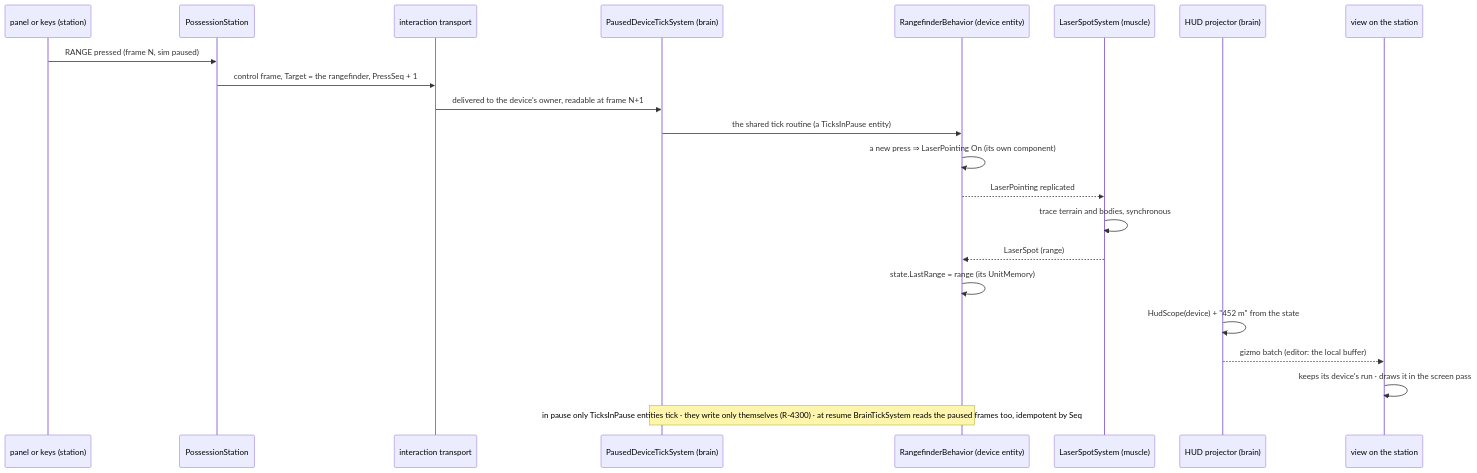
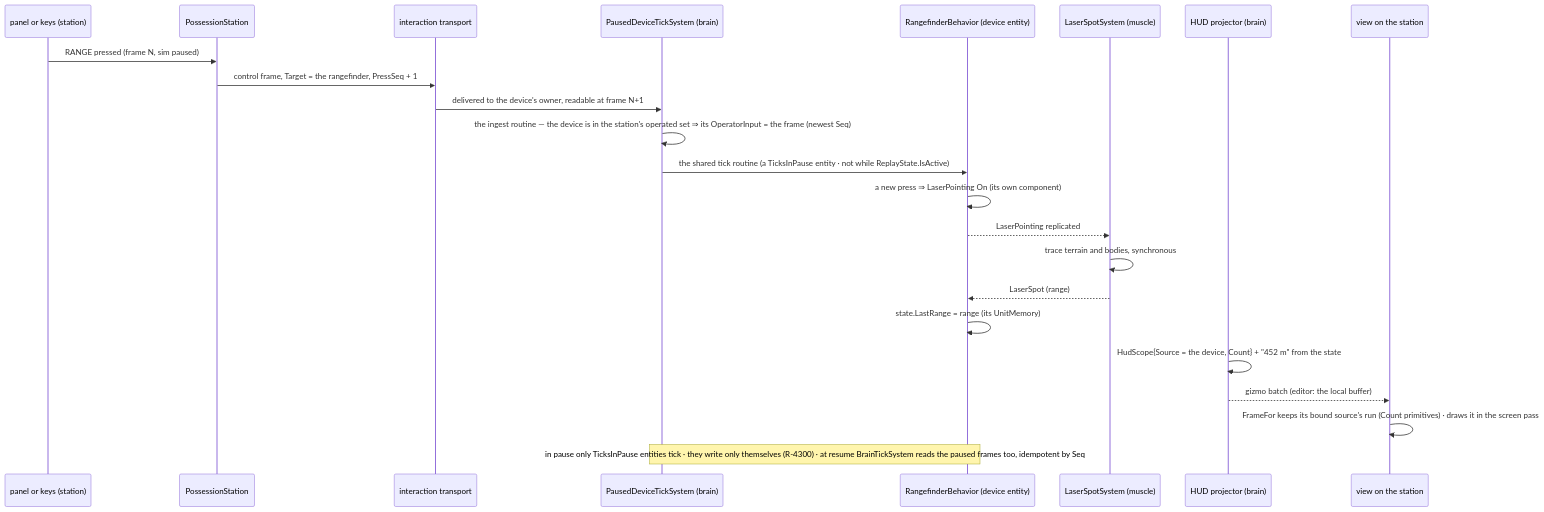
Before and after one commit to pjanec/HROT: the third of 9 diagrams in docs/designs/devices/DESIGN_Simulated_Devices.md, drawn with Mermaid. The commit also changed other lines of this file and 7 other files, not shown here.

````diff
--- a/docs/designs/devices/DESIGN_Simulated_Devices.md
+++ b/docs/designs/devices/DESIGN_Simulated_Devices.md
@@ -183,24 +192,25 @@
 ```mermaid
 sequenceDiagram
   participant P as panel or keys (station)
   participant S as PossessionStation
   participant X as interaction transport
   participant T as PausedDeviceTickSystem (brain)
   participant D as RangefinderBehavior (device entity)
   participant M as LaserSpotSystem (muscle)
   participant G as HUD projector (brain)
   participant V as view on the station
   P->>S: RANGE pressed (frame N, sim paused)
   S->>X: control frame, Target = the rangefinder, PressSeq + 1
   X->>T: delivered to the device's owner, readable at frame N+1
-  T->>D: the shared tick routine (a TicksInPause entity)
+  T->>T: the ingest routine — the device is in the station's operated set ⇒ its OperatorInput = the frame (newest Seq)
+  T->>D: the shared tick routine (a TicksInPause entity · not while ReplayState.IsActive)
   D->>D: a new press ⇒ LaserPointing On (its own component)
   D-->>M: LaserPointing replicated
   M->>M: trace terrain and bodies, synchronous
   M-->>D: LaserSpot (range)
   D->>D: state.LastRange = range (its UnitMemory)
-  G->>G: HudScope(device) + "452 m" from the state
+  G->>G: HudScope{Source = the device, Count} + "452 m" from the state
   G-->>V: gizmo batch (editor: the local buffer)
-  V->>V: keeps its device's run · draws it in the screen pass
+  V->>V: FrameFor keeps its bound source's run (Count primitives) · draws it in the screen pass
   Note over T,D: in pause only TicksInPause entities tick · they write only themselves (R-4300) · at resume BrainTickSystem reads the paused frames too, idempotent by Seq
 ```
````
